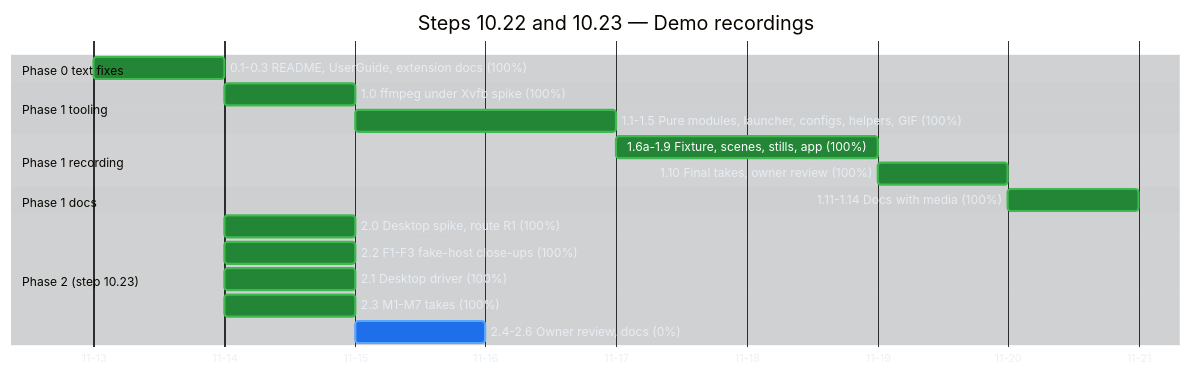
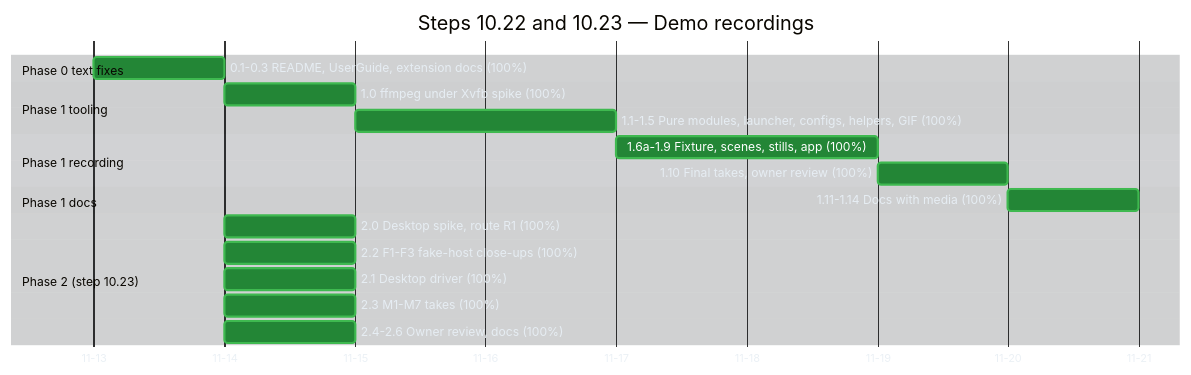
Before and after one commit to raulkivi/agent-cost-analyzer: the second of 5 diagrams in docs/implementation-plan-gantt.md, drawn with Mermaid. The commit also changed other lines of this file and 1 other file, not shown here.

Commit message:
docs(10.23): Phase 2 exit met; step 10.23 done

````diff
--- a/docs/implementation-plan-gantt.md
+++ b/docs/implementation-plan-gantt.md
@@ -139,55 +139,55 @@
 ```mermaid
 %%{init: {
   "theme": "base",
   "themeVariables": {
     "darkMode": true,
     "background": "#0d1117",
     "textColor": "#e6edf3",
     "primaryTextColor": "#e6edf3",
     "lineColor": "#8b949e",
     "sectionBkgColor": "#161b22",
     "sectionBkgColor2": "#1c2129",
     "altSectionBkgColor": "#0d1117",
     "gridColor": "#30363d",
     "excludeBkgColor": "#161b22",
     "todayLineColor": "#f85149",
     "taskBkgColor": "#1f6feb",
     "taskBorderColor": "#58a6ff",
     "taskTextColor": "#ffffff",
     "taskTextLightColor": "#ffffff",
     "taskTextDarkColor": "#ffffff",
     "taskTextOutsideColor": "#e6edf3",
     "doneTaskBkgColor": "#238636",
     "doneTaskBorderColor": "#3fb950",
     "activeTaskBkgColor": "#9e6a03",
     "activeTaskBorderColor": "#d29922",
     "critBkgColor": "#da3633",
     "critBorderColor": "#f85149"
   }
 }}%%
 gantt
     title Steps 10.22 and 10.23 — Demo recordings
     dateFormat YYYY-MM-DD
     axisFormat %m-%d
 
     section Phase 0 text fixes
     0.1-0.3 README, UserGuide, extension docs (100%) :done, d0, 2026-11-13, 1d
 
     section Phase 1 tooling
     1.0 ffmpeg under Xvfb spike (100%)              :done, d10, after d0, 1d
     1.1-1.5 Pure modules, launcher, configs, helpers, GIF (100%) :done, d11, after d10, 2d
 
     section Phase 1 recording
     1.6a-1.9 Fixture, scenes, stills, app (100%)    :done, d16, after d11, 2d
     1.10 Final takes, owner review (100%)          :done, d110, after d16, 1d
 
     section Phase 1 docs
     1.11-1.14 Docs with media (100%)               :done, d111, after d110, 1d
 
     section Phase 2 (step 10.23)
     2.0 Desktop spike, route R1 (100%)              :done, d20, 2026-11-14, 1d
     2.2 F1-F3 fake-host close-ups (100%)            :done, d22, 2026-11-14, 1d
     2.1 Desktop driver (100%)                        :done, d21, 2026-11-14, 1d
     2.3 M1-M7 takes (100%)                           :done, d23, 2026-11-14, 1d
-    2.4-2.6 Owner review, docs (0%)                  :d24, after d23, 1d
+    2.4-2.6 Owner review, docs (100%)                :done, d24, 2026-11-14, 1d
 ```
````
